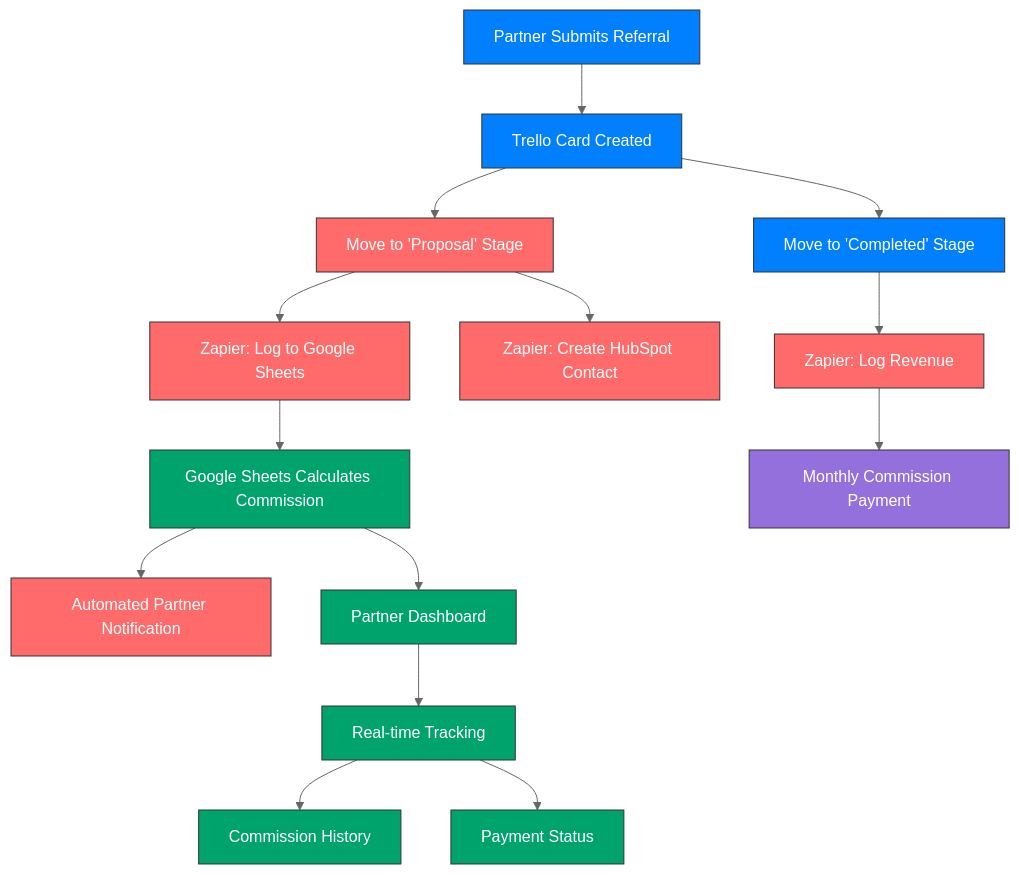
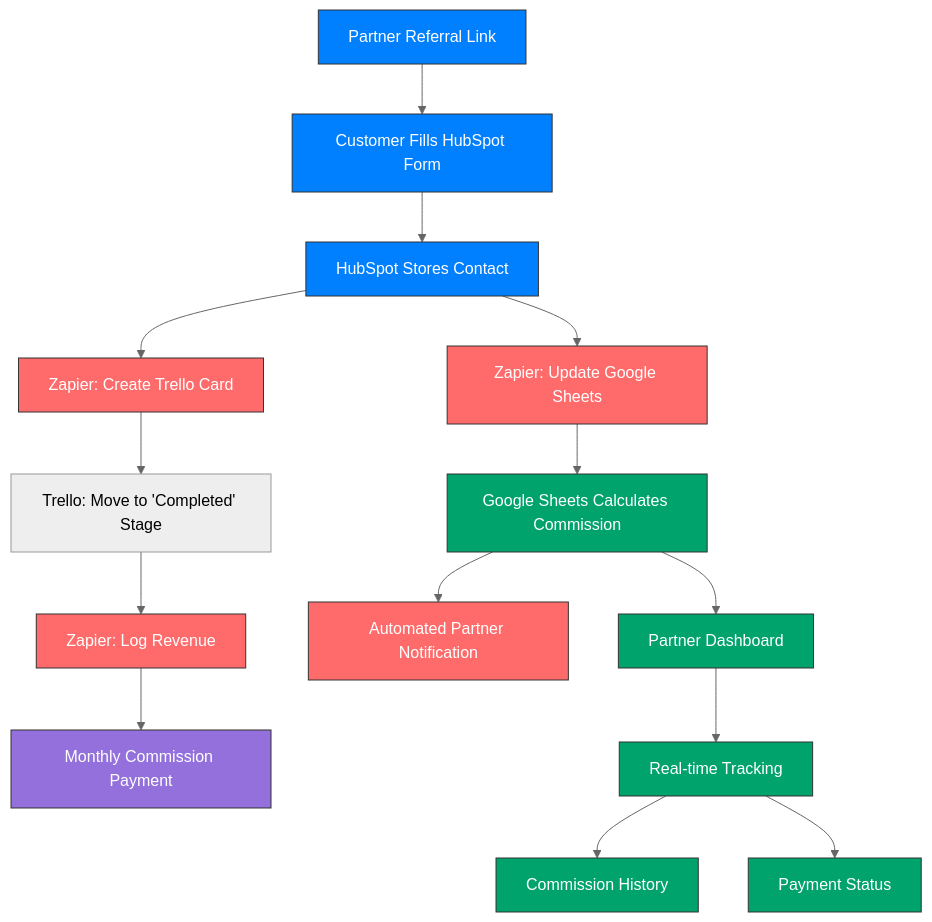
One commit to szemkoff/azurecharters changed the fifth of 8 diagrams in docs/framework-overview.md. Above: the diagram before and after it, drawn with Mermaid. The commit also changed other lines of this file and 1 other file, not shown here.

Commit message:
Complete documentation updates for simplified HubSpot integration
- Update technology stack to reflect manual HubSpot setup approach
- Update framework overview partner network architecture
- Remove all API references from main documentation
- Ensure all guides point to manual setup instead of API automation
- Maintain same functionality with simpler implementation

````diff
--- a/docs/framework-overview.md
+++ b/docs/framework-overview.md
@@ -208,31 +208,31 @@
 ```mermaid
 %%{init: {'theme': 'neutral'}}%%
 flowchart TD
-    A["Partner Submits Referral"] --> B["Trello Card Created"]
-    B --> C["Move to 'Proposal' Stage"]
-    C --> D1["Zapier: Log to Google Sheets"]
-    C --> D2["Zapier: Create HubSpot Contact"]
+    A["Partner Referral Link"] --> B["Customer Fills HubSpot Form"]
+    B --> C["HubSpot Stores Contact"]
+    C --> D1["Zapier: Create Trello Card"]
+    C --> D2["Zapier: Update Google Sheets"]
     
-    D1 --> E["Google Sheets Calculates Commission"]
+    D2 --> E["Google Sheets Calculates Commission"]
     E --> F["Automated Partner Notification"]
     
-    B --> G["Move to 'Completed' Stage"]
+    D1 --> G["Trello: Move to 'Completed' Stage"]
     G --> H["Zapier: Log Revenue"]
     H --> I["Monthly Commission Payment"]
     
     J["Partner Dashboard"] --> K["Real-time Tracking"]
     K --> L["Commission History"]
     K --> M["Payment Status"]
     
     E --> J
     
     classDef primary fill:#007FFF,color:#ffffff,stroke:#333,stroke-width:1px;
     classDef automation fill:#FF6B6B,color:#ffffff,stroke:#333,stroke-width:1px;
     classDef data fill:#00A36C,color:#ffffff,stroke:#333,stroke-width:1px;
     classDef partner fill:#9370DB,color:#ffffff,stroke:#333,stroke-width:1px;
     
-    class A,B,G primary;
-    class C,D1,D2,F,H automation;
+    class A,B,C primary;
+    class D1,D2,F,H automation;
     class E,J,K,L,M data;
     class I partner;
 ```
````
